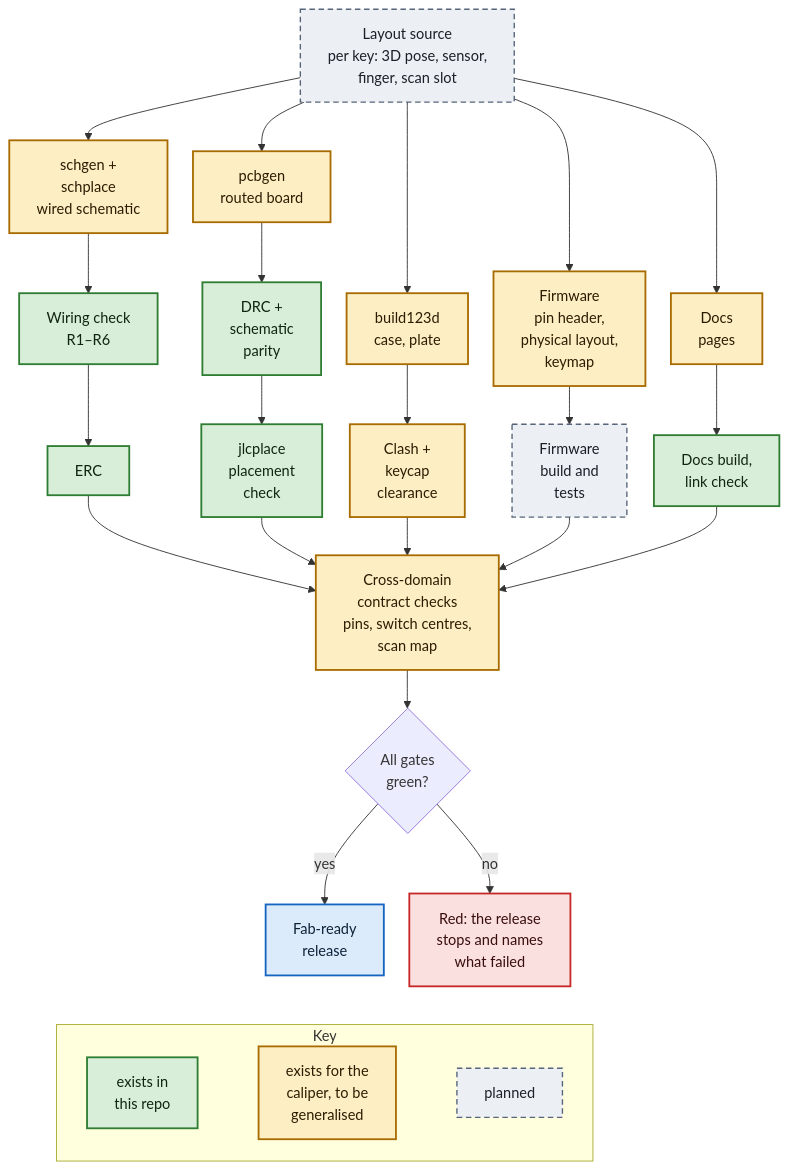
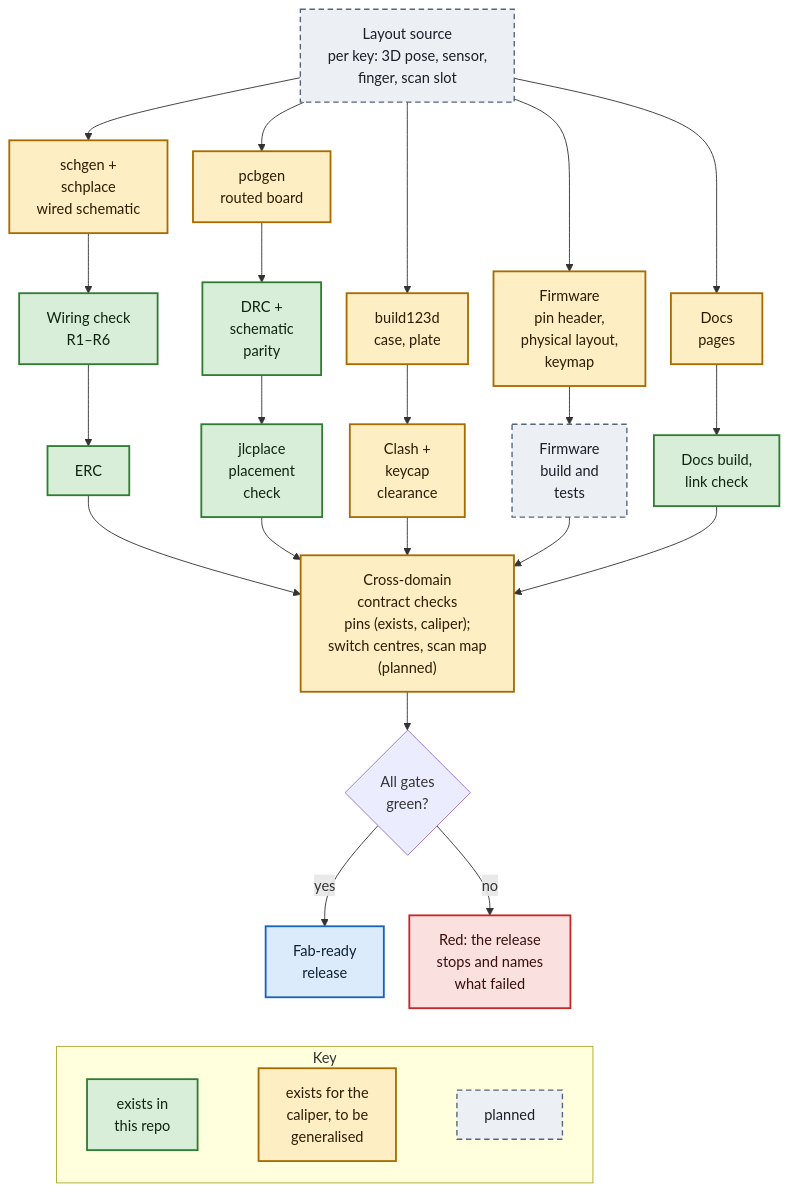
Diagram 14 of 22 in keyboard/docs/concept.md (tyevco/prettycoolboards), drawn with Mermaid before and after one commit. The commit also changed other lines of this file and 72 other files, not shown here.

````diff
--- a/keyboard/docs/concept.md
+++ b/keyboard/docs/concept.md
@@ -782,49 +785,49 @@
 ```mermaid
 ---
 config:
   # the docs theme sets p { line-height: 28px }, which would clip the labels mermaid measured at 1.5
   themeCSS: "p { line-height: inherit; }"
   flowchart:
     nodeSpacing: 28
     rankSpacing: 42
 ---
 flowchart TB
   SRC["Layout source<br/>per key: 3D pose, sensor,<br/>finger, scan slot"]:::planned
 
   SRC --> SCH["schgen +<br/>schplace<br/>wired schematic"]:::extend
   SRC --> PCB["pcbgen<br/>routed board"]:::extend
   SRC --> CASE["build123d<br/>case, plate"]:::extend
   SRC --> FW["Firmware<br/>pin header,<br/>physical layout,<br/>keymap"]:::extend
   SRC --> DOC["Docs<br/>pages"]:::extend
 
   SCH --> WIRE["Wiring check<br/>R1–R6"]:::exists
   WIRE --> ERC["ERC"]:::exists
   PCB --> DRC["DRC +<br/>schematic<br/>parity"]:::exists
   DRC --> JLC["jlcplace<br/>placement<br/>check"]:::exists
   CASE --> CLASH["Clash +<br/>keycap<br/>clearance"]:::extend
   FW --> FWB["Firmware<br/>build and<br/>tests"]:::planned
   DOC --> DOCB["Docs build,<br/>link check"]:::exists
 
   ERC --> XC
   JLC --> XC
   CLASH --> XC
   FWB --> XC
   DOCB --> XC
-  XC["Cross-domain<br/>contract checks<br/>pins, switch centres,<br/>scan map"]:::extend
+  XC["Cross-domain<br/>contract checks<br/>pins (exists, caliper);<br/>switch centres, scan map<br/>(planned)"]:::extend
 
   XC --> OK{"All gates<br/>green?"}
   OK -->|yes| REL["Fab-ready<br/>release"]:::good
   OK -->|no| RED["Red: the release<br/>stops and names<br/>what failed"]:::bad
 
   subgraph KEY["Key"]
     direction LR
     K1["exists in<br/>this repo"]:::exists ~~~ K2["exists for the<br/>caliper, to be<br/>generalised"]:::extend ~~~ K3["planned"]:::planned
   end
   REL ~~~ KEY
 
   classDef exists fill:#d9eed9,stroke:#2e7d32,stroke-width:2px,color:#102410
   classDef extend fill:#fdeec4,stroke:#a86b00,stroke-width:2px,color:#2b1d00
   classDef planned fill:#eceff4,stroke:#56657a,stroke-width:1.5px,stroke-dasharray:6 4,color:#1a1f28
   classDef good fill:#dcebfb,stroke:#1565c0,stroke-width:2px,color:#0d2238
   classDef bad fill:#fbe0e0,stroke:#c62828,stroke-width:2px,color:#3a0d0d
 ```
````
